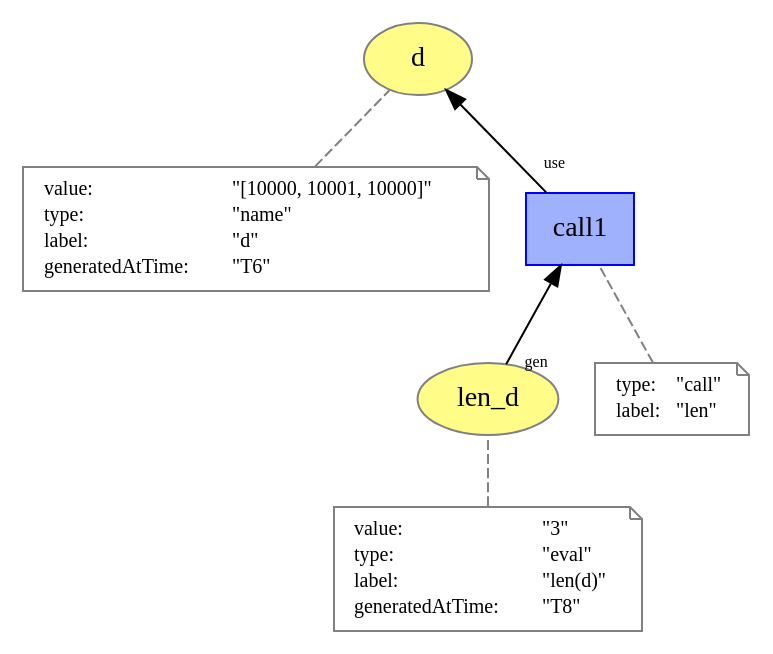
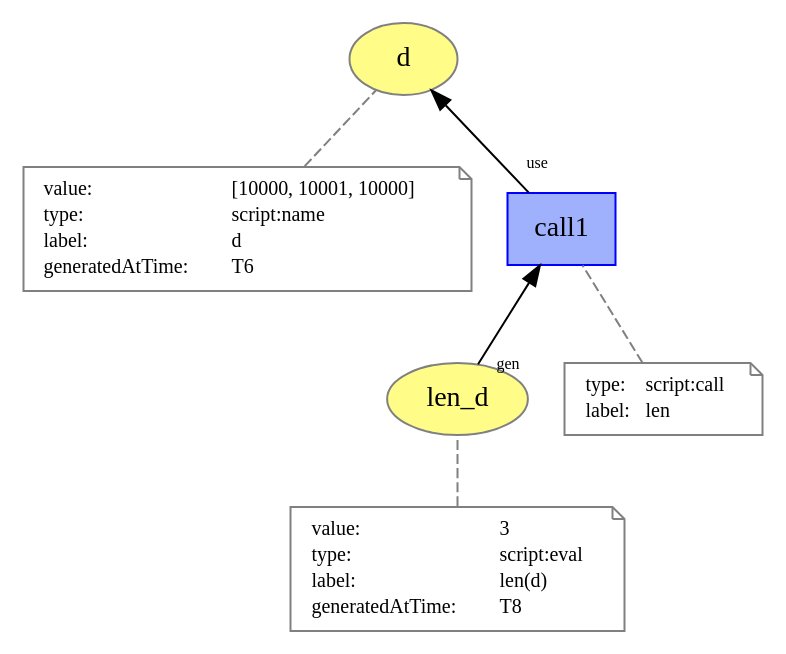
Before and after one commit to dew-uff/versioned-prov: the diagram in images/versioned_prov/call.dot, drawn with Graphviz. The commit also changed 61 other files, not shown here.

```diff
--- a/images/versioned_prov/call.dot
+++ b/images/versioned_prov/call.dot
@@ -1,56 +1,56 @@
 digraph "PROV" { size="16,12"; rankdir="BT";
 "http://example.org/d" [fillcolor="#FFFC87",color="#808080",style="filled",label="d",URL="http://example.org/d"]
 "-attrs0" [color="gray",shape="note",fontsize="10",fontcolor="black",label=<<TABLE cellpadding="0" border="0">
 	<TR>
 	    <TD align="left">value:</TD>
-	    <TD align="left">&quot;[10000, 10001, 10000]&quot;</TD>
+	    <TD align="left">[10000, 10001, 10000]</TD>
 	</TR>
 	<TR>
 	    <TD align="left">type:</TD>
-	    <TD align="left">&quot;name&quot;</TD>
+	    <TD align="left">script:name</TD>
 	</TR>
 	<TR>
 	    <TD align="left">label:</TD>
-	    <TD align="left">&quot;d&quot;</TD>
+	    <TD align="left">d</TD>
 	</TR>
 	<TR>
 	    <TD align="left">generatedAtTime:</TD>
-	    <TD align="left">&quot;T6&quot;</TD>
+	    <TD align="left">T6</TD>
 	</TR>
 </TABLE>>]
 "-attrs0" -> "http://example.org/d" [color="gray",style="dashed",arrowhead="none"]
 "http://example.org/len_d" [fillcolor="#FFFC87",color="#808080",style="filled",label="len_d",URL="http://example.org/len_d"]
 "-attrs1" [color="gray",shape="note",fontsize="10",fontcolor="black",label=<<TABLE cellpadding="0" border="0">
 	<TR>
 	    <TD align="left">value:</TD>
-	    <TD align="left">&quot;3&quot;</TD>
+	    <TD align="left">3</TD>
 	</TR>
 	<TR>
 	    <TD align="left">type:</TD>
-	    <TD align="left">&quot;eval&quot;</TD>
+	    <TD align="left">script:eval</TD>
 	</TR>
 	<TR>
 	    <TD align="left">label:</TD>
-	    <TD align="left">&quot;len(d)&quot;</TD>
+	    <TD align="left">len(d)</TD>
 	</TR>
 	<TR>
 	    <TD align="left">generatedAtTime:</TD>
-	    <TD align="left">&quot;T8&quot;</TD>
+	    <TD align="left">T8</TD>
 	</TR>
 </TABLE>>]
 "-attrs1" -> "http://example.org/len_d" [color="gray",style="dashed",arrowhead="none"]
 "http://example.org/call1" [fillcolor="#9FB1FC",color="#0000FF",shape="polygon",sides="4",style="filled",label="call1",URL="http://example.org/call1"]
 "-attrs2" [color="gray",shape="note",fontsize="10",fontcolor="black",label=<<TABLE cellpadding="0" border="0">
 	<TR>
 	    <TD align="left">type:</TD>
-	    <TD align="left">&quot;call&quot;</TD>
+	    <TD align="left">script:call</TD>
 	</TR>
 	<TR>
 	    <TD align="left">label:</TD>
-	    <TD align="left">&quot;len&quot;</TD>
+	    <TD align="left">len</TD>
 	</TR>
 </TABLE>>]
 "-attrs2" -> "http://example.org/call1" [color="gray",style="dashed",arrowhead="none"]
 "http://example.org/call1" -> "http://example.org/d" [labelfontsize="8",labeldistance="1.5",labelangle="60.0",rotation="20",taillabel="use"]
 "http://example.org/len_d" -> "http://example.org/call1" [labelfontsize="8",labeldistance="1.5",labelangle="60.0",rotation="20",taillabel="gen"]
 }
```
